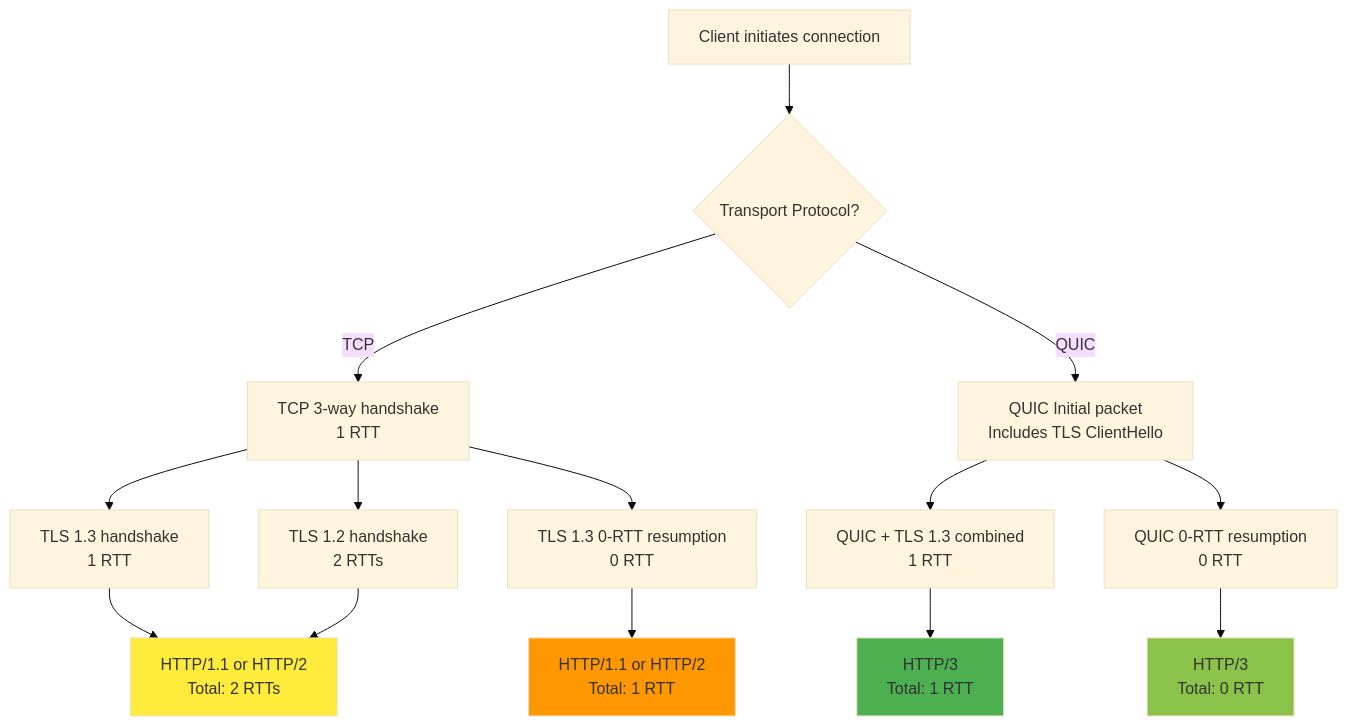
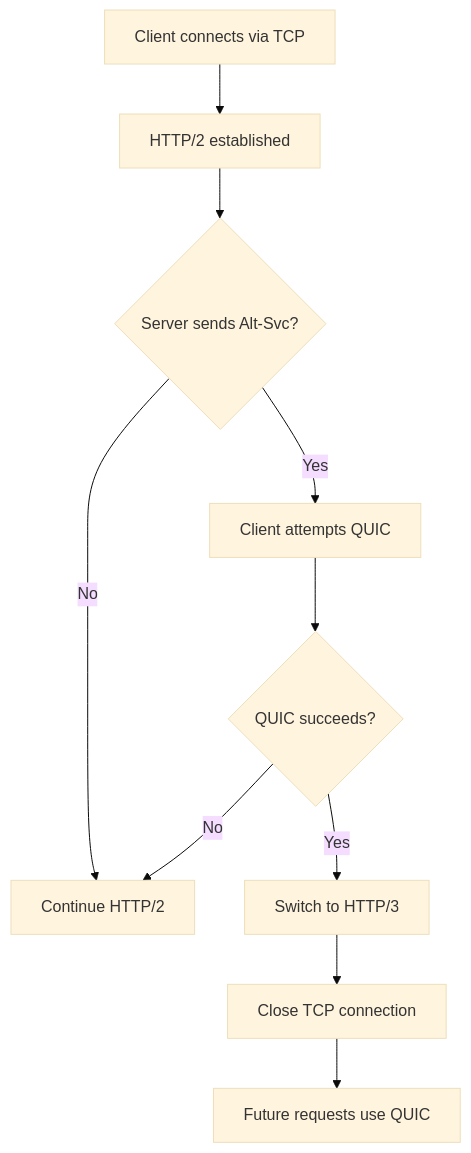
One commit to sujeet-pro/legacy-personal-site changed the seventh of 8 diagrams in v4/content/articles/web-foundations/networking-protocols/http3-quic-and-tls/README.md. Above: the diagram before and after it, drawn with Mermaid (base theme). The commit also changed other lines of this file and 115 other files, not shown here.

````diff
--- a/v4/content/articles/web-foundations/networking-protocols/http3-quic-and-tls/README.md
+++ b/v4/content/articles/web-foundations/networking-protocols/http3-quic-and-tls/README.md
@@ -133,25 +422,14 @@
 ```mermaid
-graph TD
-    A[Client initiates connection] --> B{Transport Protocol?}
+flowchart TD
+    A[Client connects via TCP] --> B[HTTP/2 established]
+    B --> C{Server sends Alt-Svc?}
+    C -->|Yes| D[Client attempts QUIC]
+    C -->|No| E[Continue HTTP/2]
 
-    B -->|TCP| C[TCP 3-way handshake<br/>1 RTT]
-    B -->|QUIC| D[QUIC Initial packet<br/>Includes TLS ClientHello]
+    D --> F{QUIC succeeds?}
+    F -->|Yes| G[Switch to HTTP/3]
+    F -->|No| E
 
-    C --> E[TLS 1.3 handshake<br/>1 RTT]
-    C --> F[TLS 1.2 handshake<br/>2 RTTs]
-    C --> G[TLS 1.3 0-RTT resumption<br/>0 RTT]
-
-    D --> H[QUIC + TLS 1.3 combined<br/>1 RTT]
-    D --> I[QUIC 0-RTT resumption<br/>0 RTT]
-
-    E --> J[HTTP/1.1 or HTTP/2<br/>Total: 2 RTTs]
-    F --> J
-    G --> K[HTTP/1.1 or HTTP/2<br/>Total: 1 RTT]
-    H --> L[HTTP/3<br/>Total: 1 RTT]
-    I --> M[HTTP/3<br/>Total: 0 RTT]
-
-    style J fill:#ffeb3b
-    style K fill:#ff9800
-    style L fill:#4caf50
-    style M fill:#8bc34a
+    G --> H[Close TCP connection]
+    H --> I[Future requests use QUIC]
 ```
````
